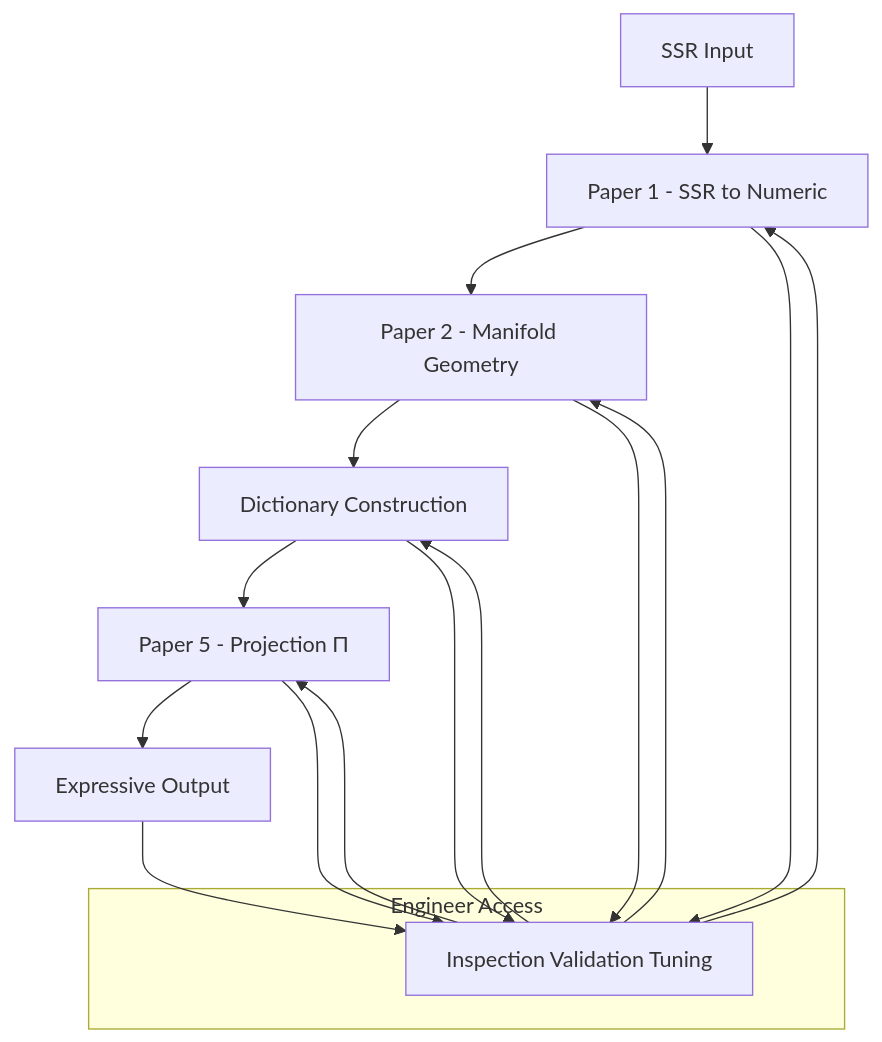
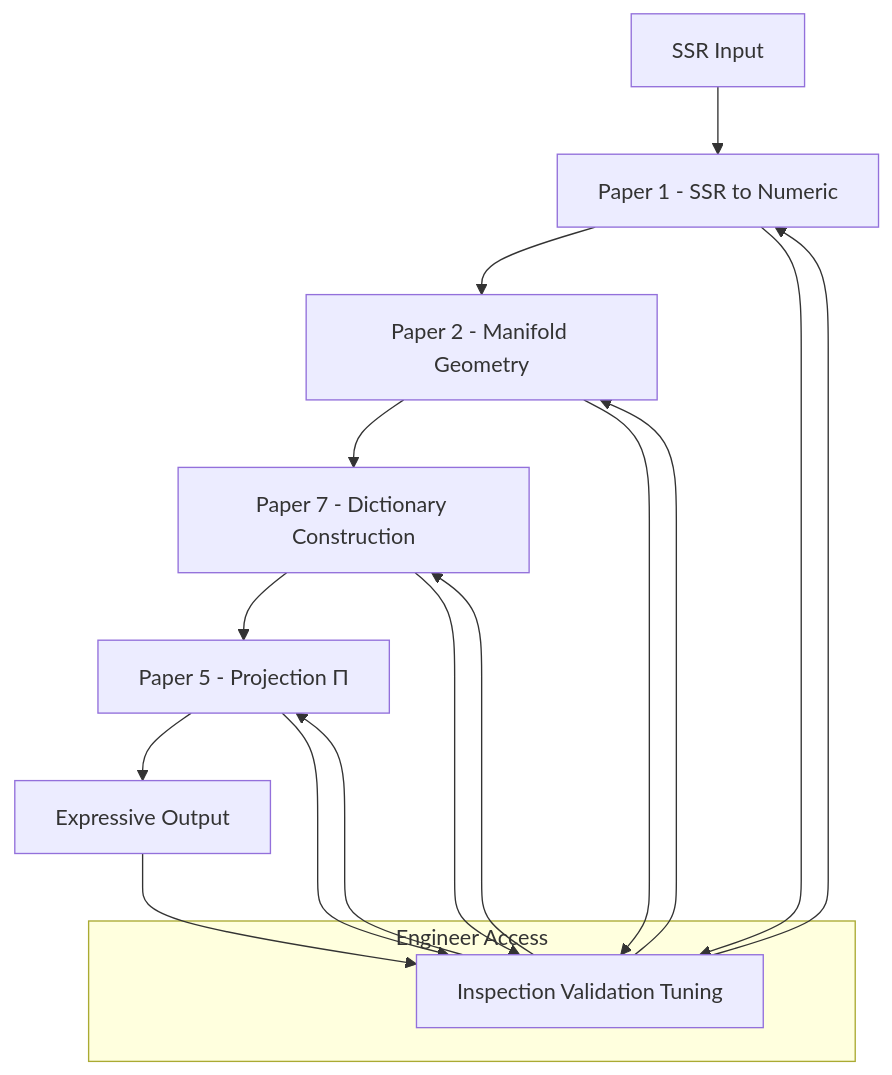
Before and after one commit to CuriousOne23/WhenMathPrays: the diagram in thought_simulator/20_requirements/system_playground/manifold/manifold_white_papers/prework_manifold_and_back.md, drawn with Mermaid.

Commit message:
Update flowchart to reference Paper 7 for Dictionary Construction

````diff
--- a/thought_simulator/20_requirements/system_playground/manifold/manifold_white_papers/prework_manifold_and_back.md
+++ b/thought_simulator/20_requirements/system_playground/manifold/manifold_white_papers/prework_manifold_and_back.md
@@ -31,23 +31,23 @@
 ```mermaid
 flowchart TD
     A[SSR Input] --> B[Paper 1 - SSR to Numeric]
     B --> C[Paper 2 - Manifold Geometry]
-    C --> D[Dictionary Construction]
+    C --> D[Paper 7 - Dictionary Construction]
     D --> E[Paper 5 - Projection Π]
     E --> F[Expressive Output]
     
     subgraph Engineer Access
         G[Inspection Validation Tuning]
     end
     
     B --> G
     C --> G
     D --> G
     E --> G
     F --> G
     
     G --> B
     G --> C
     G --> D
     G --> E
 ```
````
